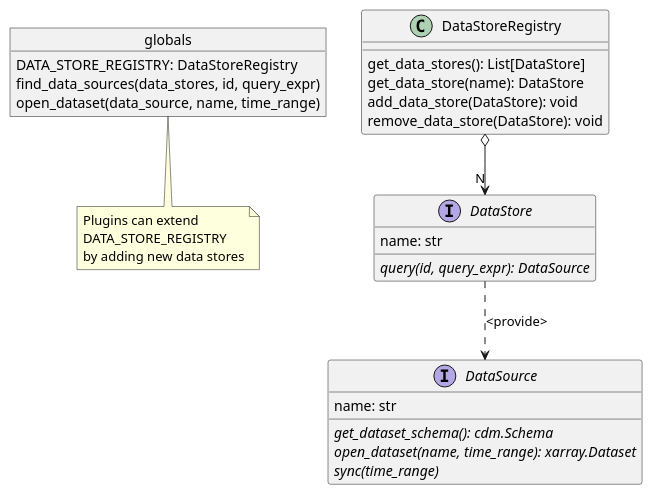
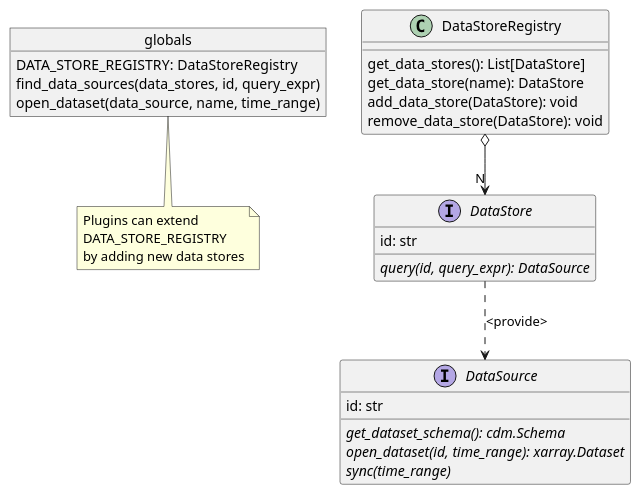
One commit to CCI-Tools/cate changed the diagram in doc/source/uml/ds.puml. Above: the diagram before and after it, drawn with PlantUML. The commit also changed 32 other files, not shown here.

```diff
--- a/doc/source/uml/ds.puml
+++ b/doc/source/uml/ds.puml
@@ -1,38 +1,38 @@
 @startuml
 
 object globals {
     DATA_STORE_REGISTRY: DataStoreRegistry
     find_data_sources(data_stores, id, query_expr)
     open_dataset(data_source, name, time_range)
 }
 
 note bottom of globals
 Plugins can extend
 DATA_STORE_REGISTRY
 by adding new data stores
 end note
 
 class DataStoreRegistry {
     get_data_stores(): List[DataStore]
     get_data_store(name): DataStore
     add_data_store(DataStore): void
     remove_data_store(DataStore): void
 }
 
 interface DataStore {
-    name: str
+    id: str
     {abstract} query(id, query_expr): DataSource
 }
 
 interface DataSource {
-    name: str
+    id: str
     {abstract} get_dataset_schema(): cdm.Schema
-    {abstract} open_dataset(name, time_range): xarray.Dataset
+    {abstract} open_dataset(id, time_range): xarray.Dataset
     {abstract} sync(time_range)
 }
 
 DataStoreRegistry o--> "N" DataStore
 DataStore  ..>  DataSource: <provide>
 
 
 @enduml
```
